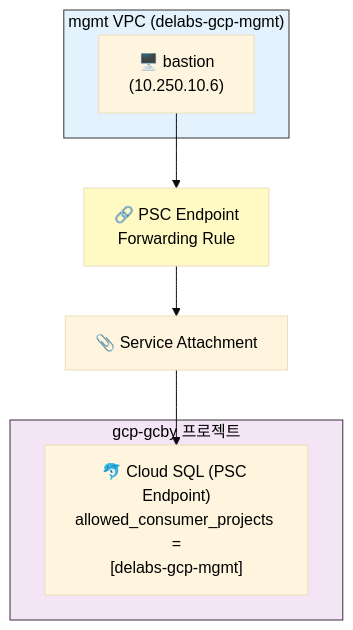
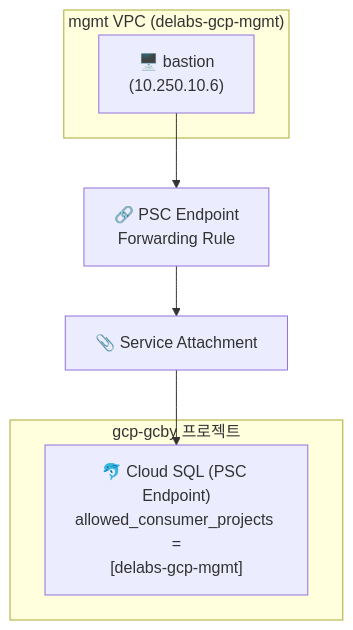
One commit to JSJ2337/GCP_terraform_code changed the seventh of 9 diagrams in terraform_gcp_infra/docs/architecture/network-design.md. Above: the diagram before and after it, drawn with Mermaid. The commit also changed other lines of this file and 5 other files, not shown here.

First line of the commit message:
fix: Mermaid 다이어그램 테마를 default로 변경 및 단순화

````diff
--- a/terraform_gcp_infra/docs/architecture/network-design.md
+++ b/terraform_gcp_infra/docs/architecture/network-design.md
@@ -837,22 +824,20 @@
 ```mermaid
-%%{init: {'theme': 'base', 'themeVariables': { 'primaryTextColor': '#000000', 'secondaryTextColor': '#000000', 'tertiaryTextColor': '#000000', 'clusterBkg': '#ffffff', 'clusterBorder': '#333333' }}}%%
+%%{init: {'theme': 'default'}}%%
 flowchart TB
     subgraph MGMT_VPC["mgmt VPC (delabs-gcp-mgmt)"]
         BASTION["🖥️ bastion<br/>(10.250.10.6)"]
     end
 
     PSC["🔗 PSC Endpoint<br/>Forwarding Rule"]
     SA["📎 Service Attachment"]
 
     subgraph GCBY_PROJ["gcp-gcby 프로젝트"]
         SQL_PSC["🐬 Cloud SQL (PSC Endpoint)<br/>allowed_consumer_projects =<br/>[delabs-gcp-mgmt]"]
     end
 
     BASTION --> PSC
     PSC --> SA
     SA --> SQL_PSC
 
-    style MGMT_VPC fill:#e3f2fd,color:#000000
-    style GCBY_PROJ fill:#f3e5f5,color:#000000
-    style PSC fill:#fff9c4
+    style MGMT_VPC fill:#e3f2fd    style GCBY_PROJ fill:#f3e5f5    style PSC fill:#fff9c4
 ```
````
